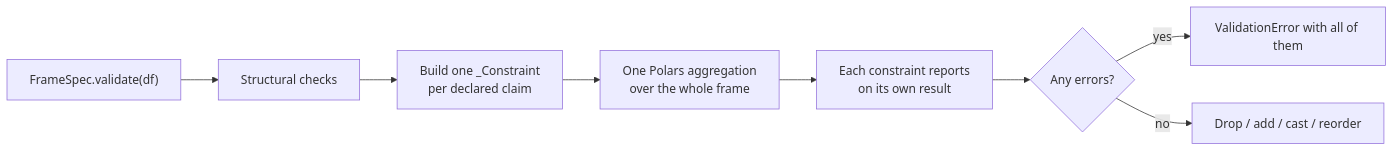
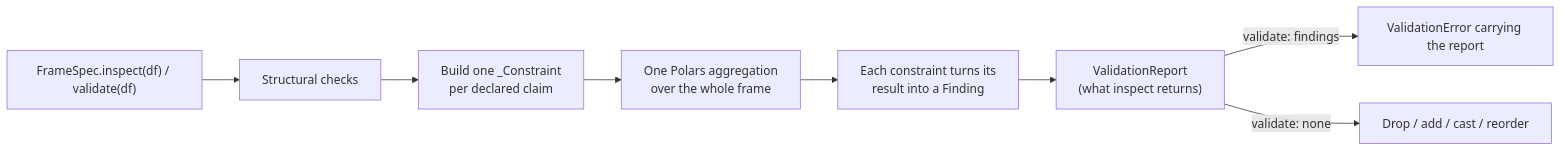
Before and after one commit to MaxwellB13/polspec: the second of 2 diagrams in docs/reference/architecture.md, drawn with Mermaid. The commit also changed other lines of this file and 15 other files, not shown here.

First line of the commit message:
feat: introduce schema validation and detailed reporting (#16)

````diff
--- a/docs/reference/architecture.md
+++ b/docs/reference/architecture.md
@@ -58,10 +58,10 @@
 ```mermaid
 flowchart LR
-    A["FrameSpec.validate(df)"] --> B[Structural checks]
+    A["FrameSpec.inspect(df) / validate(df)"] --> B[Structural checks]
     B --> C["Build one _Constraint<br/>per declared claim"]
     C --> D["One Polars aggregation<br/>over the whole frame"]
-    D --> E["Each constraint reports<br/>on its own result"]
-    E --> F{Any errors?}
-    F -->|yes| G[ValidationError with all of them]
-    F -->|no| H["Drop / add / cast / reorder"]
+    D --> E["Each constraint turns its<br/>result into a Finding"]
+    E --> F["ValidationReport<br/>(what inspect returns)"]
+    F -->|validate: findings| G[ValidationError carrying the report]
+    F -->|validate: none| H["Drop / add / cast / reorder"]
 ```
````
